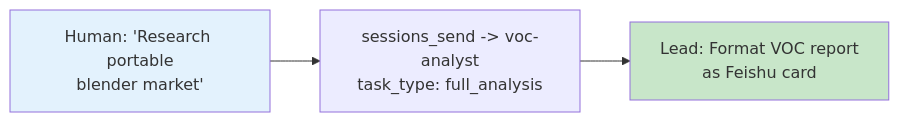
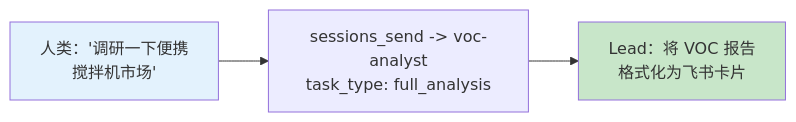
One commit to chan-kinghin/e-commerce-claw changed the second of 6 diagrams in plans/PLAN-lead-orchestrator.md. Above: the diagram before and after it, drawn with Mermaid. The commit also changed other lines of this file and 55 other files, not shown here.

````diff
--- a/plans/PLAN-lead-orchestrator.md
+++ b/plans/PLAN-lead-orchestrator.md
@@ -365,8 +365,8 @@
 ```mermaid
 graph LR
-    START["Human: 'Research portable<br/>blender market'"] --> VOC["sessions_send -> voc-analyst<br/>task_type: full_analysis"]
-    VOC --> REPORT["Lead: Format VOC report<br/>as Feishu card"]
+    START["人类：'调研一下便携<br/>搅拌机市场'"] --> VOC["sessions_send -> voc-analyst<br/>task_type: full_analysis"]
+    VOC --> REPORT["Lead：将 VOC 报告<br/>格式化为飞书卡片"]
 
     style START fill:#E3F2FD
     style REPORT fill:#C8E6C9
 ```
````
